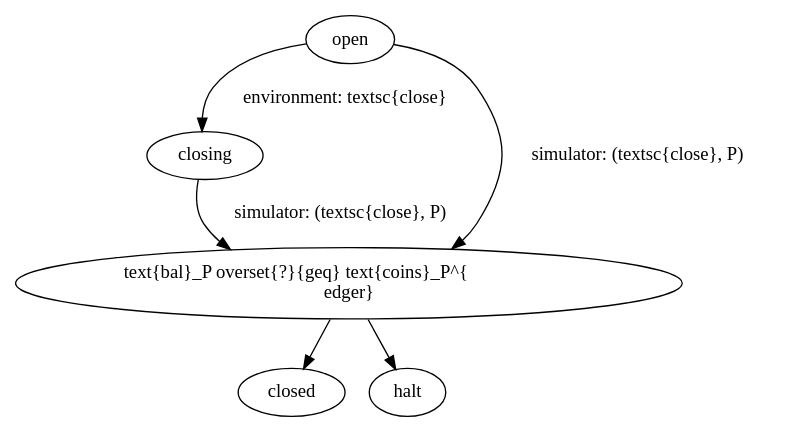
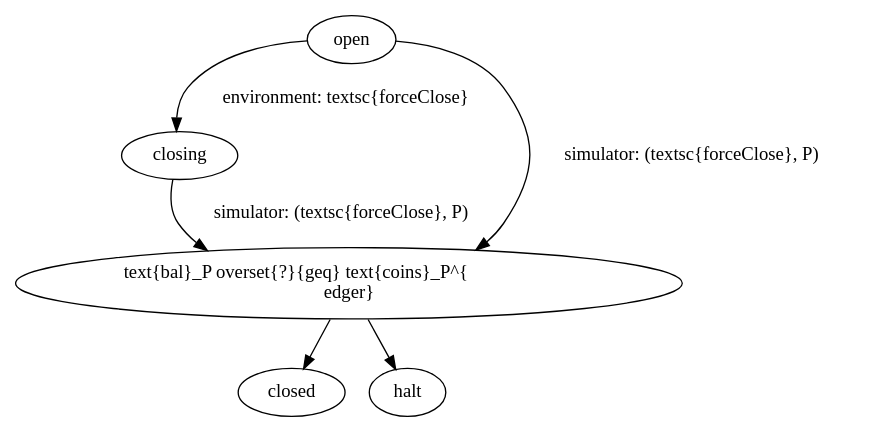
One commit to OrfeasLitos/virtual-payment-channels changed the diagram in src/figures/dot/fchan-close.dot. Above: the diagram before and after it, drawn with Graphviz. The commit also changed 8 other files, not shown here.

Commit message:
Rename "close" to "forceClose" messages

```diff
--- a/src/figures/dot/fchan-close.dot
+++ b/src/figures/dot/fchan-close.dot
@@ -1,15 +1,15 @@
 digraph G {
   open [texlbl="\textsc{open}"]
   closing [texlbl="\textsc{closing}"]
-  open -> closing [label="\environment: \textsc{close}"]
+  open -> closing [label="\environment: \textsc{forceClose}"]
 
   check_bal [label="\text{bal}_P \overset{?}{\geq} \text{coins}_P^{\ledger}",style=diamond]
-  open -> check_bal [label="\simulator: (\textsc{close}, P)"]
-  closing -> check_bal [label="\simulator: (\textsc{close}, P)"]
+  open -> check_bal [label="\simulator: (\textsc{forceClose}, P)"]
+  closing -> check_bal [label="\simulator: (\textsc{forceClose}, P)"]
 
   closed [texlbl="\textsc{closed}"]
   check_bal -> closed [texlbl="True"]
 
   halt [texlbl="halt",style=rectangle]
   check_bal -> halt [texlbl="False"]
 }
```
